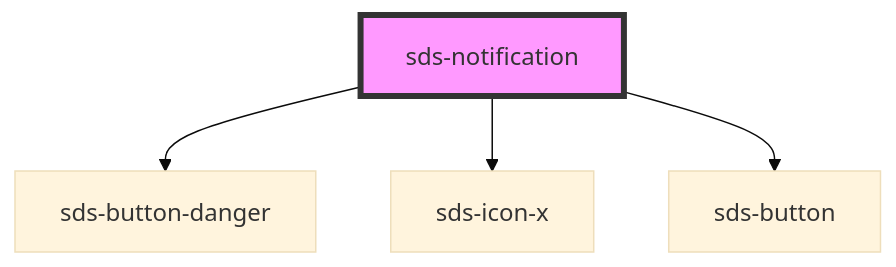
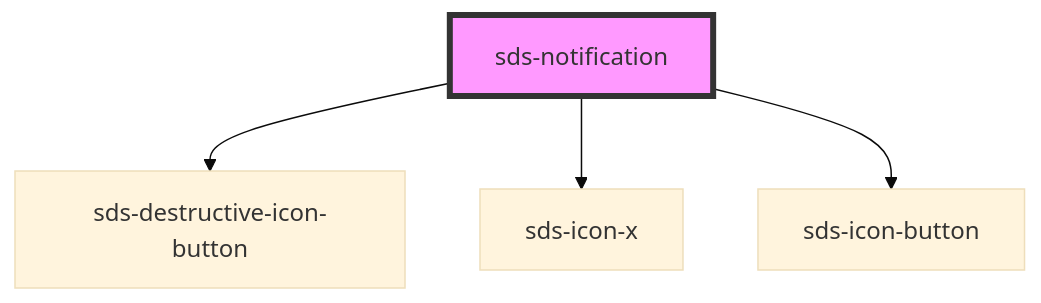
Before and after one commit to chodgesfigma/sds-mono: the diagram in packages/sds-web-components/src/ui/primitives/Notification/readme.md, drawn with Mermaid (base theme). The commit also changed other lines of this file and 10 other files, not shown here.

````diff
--- a/packages/sds-web-components/src/ui/primitives/Notification/readme.md
+++ b/packages/sds-web-components/src/ui/primitives/Notification/readme.md
@@ -32,7 +32,7 @@
 ```mermaid
 graph TD;
-  sds-notification --> sds-button-danger
+  sds-notification --> sds-destructive-icon-button
   sds-notification --> sds-icon-x
-  sds-notification --> sds-button
+  sds-notification --> sds-icon-button
   style sds-notification fill:#f9f,stroke:#333,stroke-width:4px
 ```
````
